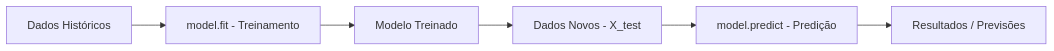
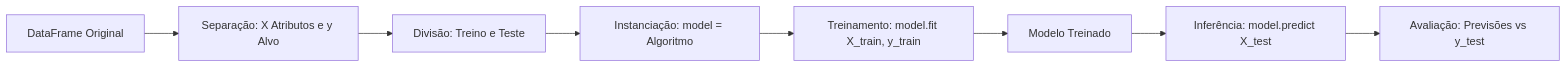
The second of 3 diagrams in excel/fluxogramas_teoria.md (ArkellChandler/dev-log), drawn with Mermaid before and after one commit. The commit also changed other lines of this file, not shown here.

````diff
--- a/excel/fluxogramas_teoria.md
+++ b/excel/fluxogramas_teoria.md
@@ -23,8 +24,10 @@
 ```mermaid
 graph LR
-    A[Dados Históricos] --> B[model.fit - Treinamento]
-    B --> C[Modelo Treinado]
-    C --> D[Dados Novos - X_test]
-    D --> E[model.predict - Predição]
-    E --> F[Resultados / Previsões]
+    A[DataFrame Original] --> B[Separação: X Atributos e y Alvo]
+    B --> C[Divisão: Treino e Teste]
+    C --> D[Instanciação: model = Algoritmo]
+    D --> E[Treinamento: model.fit X_train, y_train]
+    E --> F[Modelo Treinado]
+    F --> G[Inferência: model.predict X_test]
+    G --> H[Avaliação: Previsões vs y_test]
 ```
````
